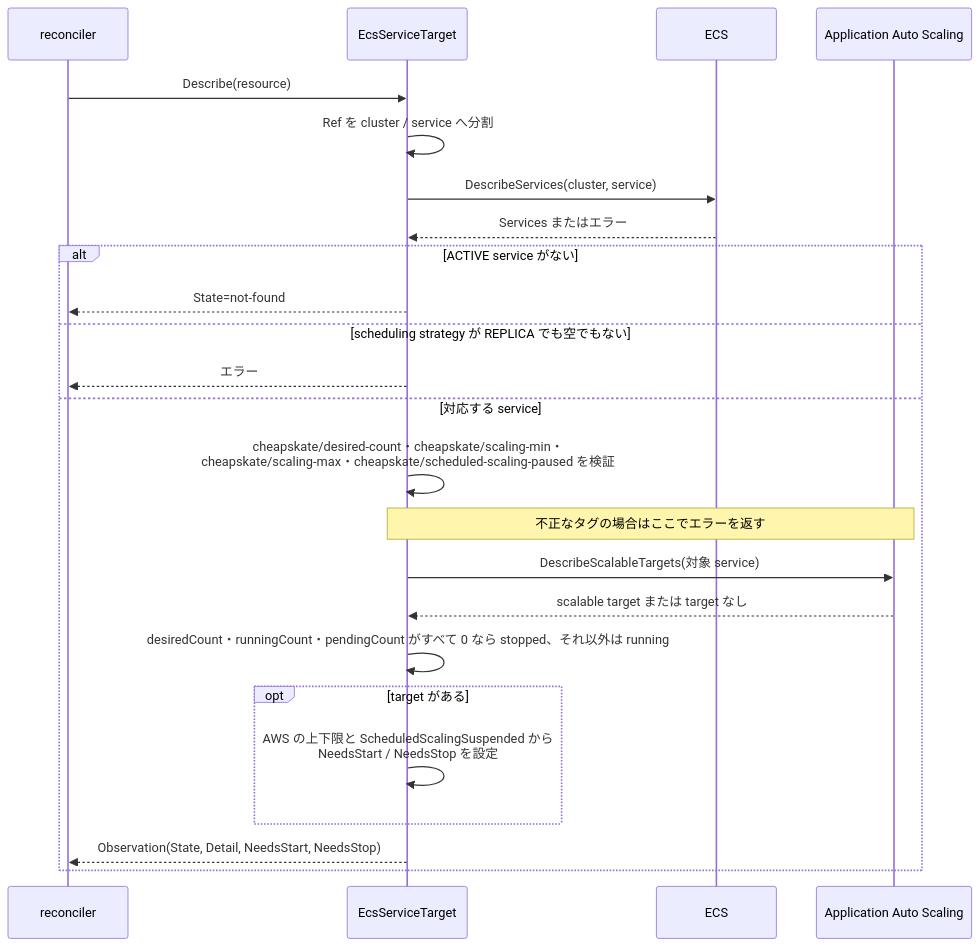
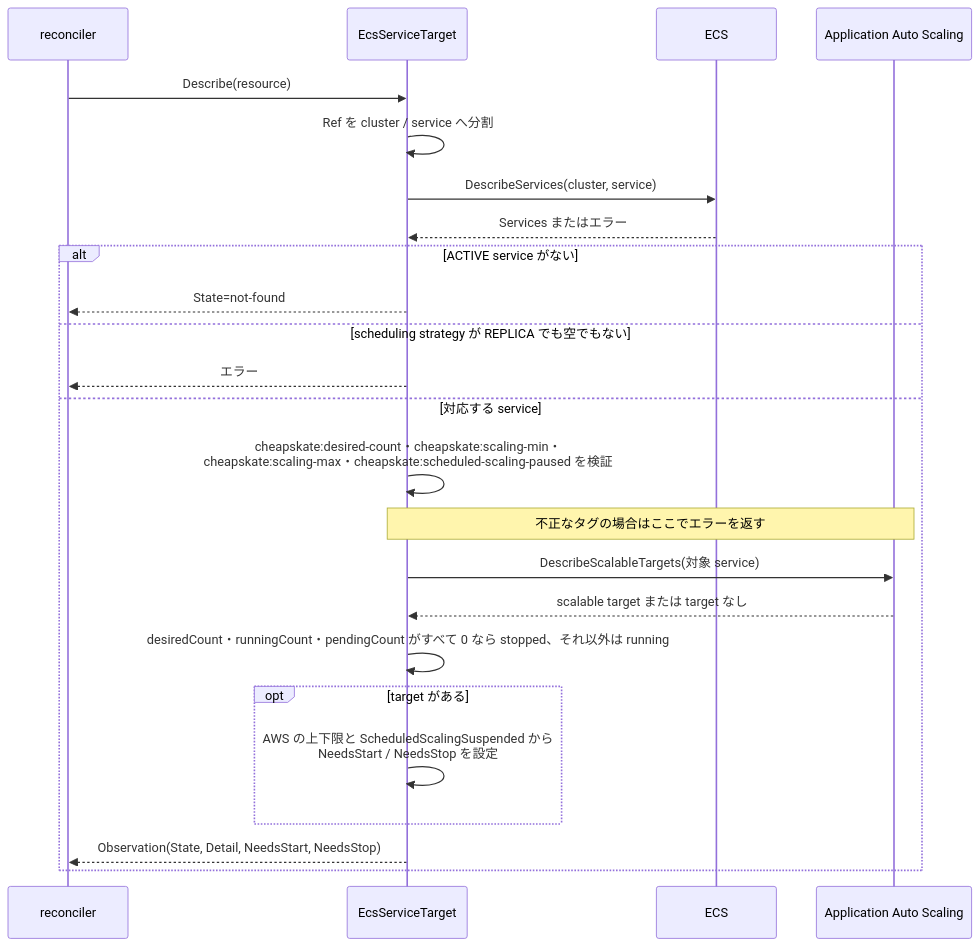
The fifth of 9 diagrams in docs/ja/development/resource_sequence.md (moepig/cheapskate), drawn with Mermaid before and after one commit. The commit also changed other lines of this file and 17 other files, not shown here.

````diff
--- a/docs/ja/development/resource_sequence.md
+++ b/docs/ja/development/resource_sequence.md
@@ -188,26 +188,26 @@
 ```mermaid
 sequenceDiagram
     participant Reconciler as reconciler
     participant Adapter as EcsServiceTarget
     participant EcsAPI as ECS
     participant AutoScaling as Application Auto Scaling
     Reconciler->>Adapter: Describe(resource)
     Adapter->>Adapter: Ref を cluster / service へ分割
     Adapter->>EcsAPI: DescribeServices(cluster, service)
     EcsAPI-->>Adapter: Services またはエラー
     alt ACTIVE service がない
         Adapter-->>Reconciler: State=not-found
     else scheduling strategy が REPLICA でも空でもない
         Adapter-->>Reconciler: エラー
     else 対応する service
-        Adapter->>Adapter: cheapskate/desired-count・cheapskate/scaling-min・<br/>cheapskate/scaling-max・cheapskate/scheduled-scaling-paused を検証
+        Adapter->>Adapter: cheapskate:desired-count・cheapskate:scaling-min・<br/>cheapskate:scaling-max・cheapskate:scheduled-scaling-paused を検証
         Note over Adapter,AutoScaling: 不正なタグの場合はここでエラーを返す
         Adapter->>AutoScaling: DescribeScalableTargets(対象 service)
         AutoScaling-->>Adapter: scalable target または target なし
         Adapter->>Adapter: desiredCount・runningCount・pendingCount がすべて 0 なら stopped、それ以外は running
         opt target がある
             Adapter->>Adapter: AWS の上下限と ScheduledScalingSuspended から<br/>NeedsStart / NeedsStop を設定
         end
         Adapter-->>Reconciler: Observation(State, Detail, NeedsStart, NeedsStop)
     end
 ```
````
